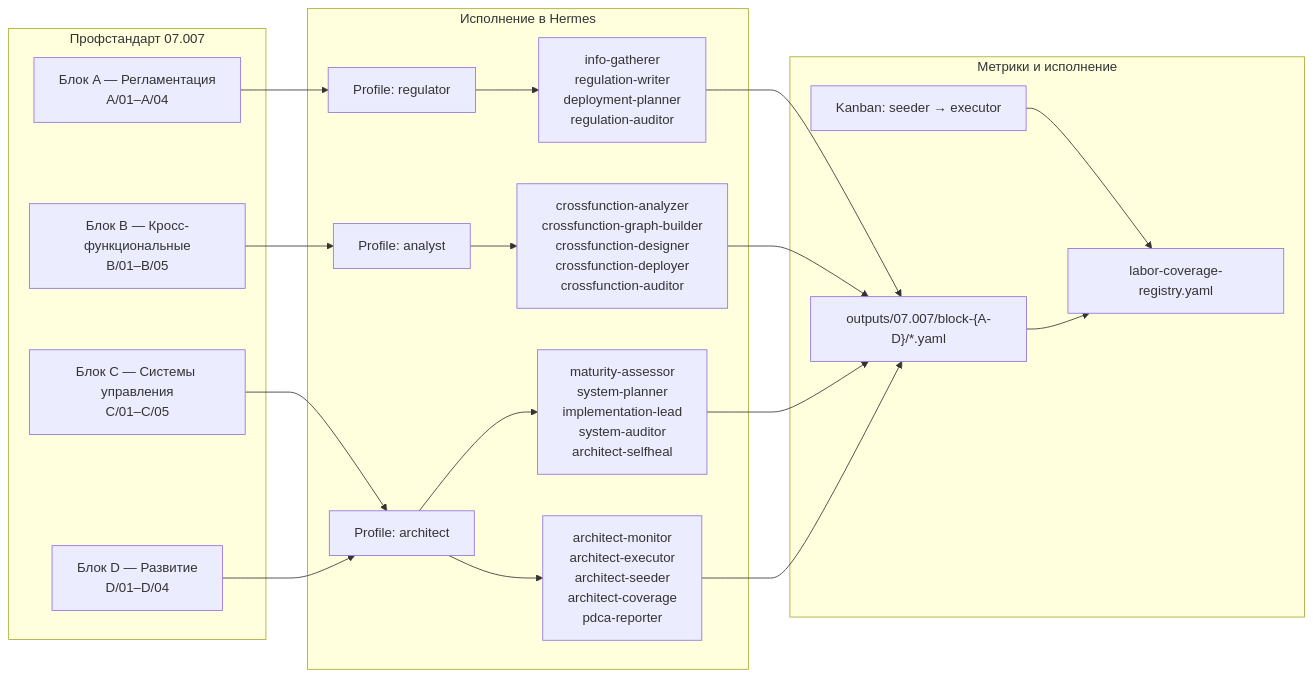
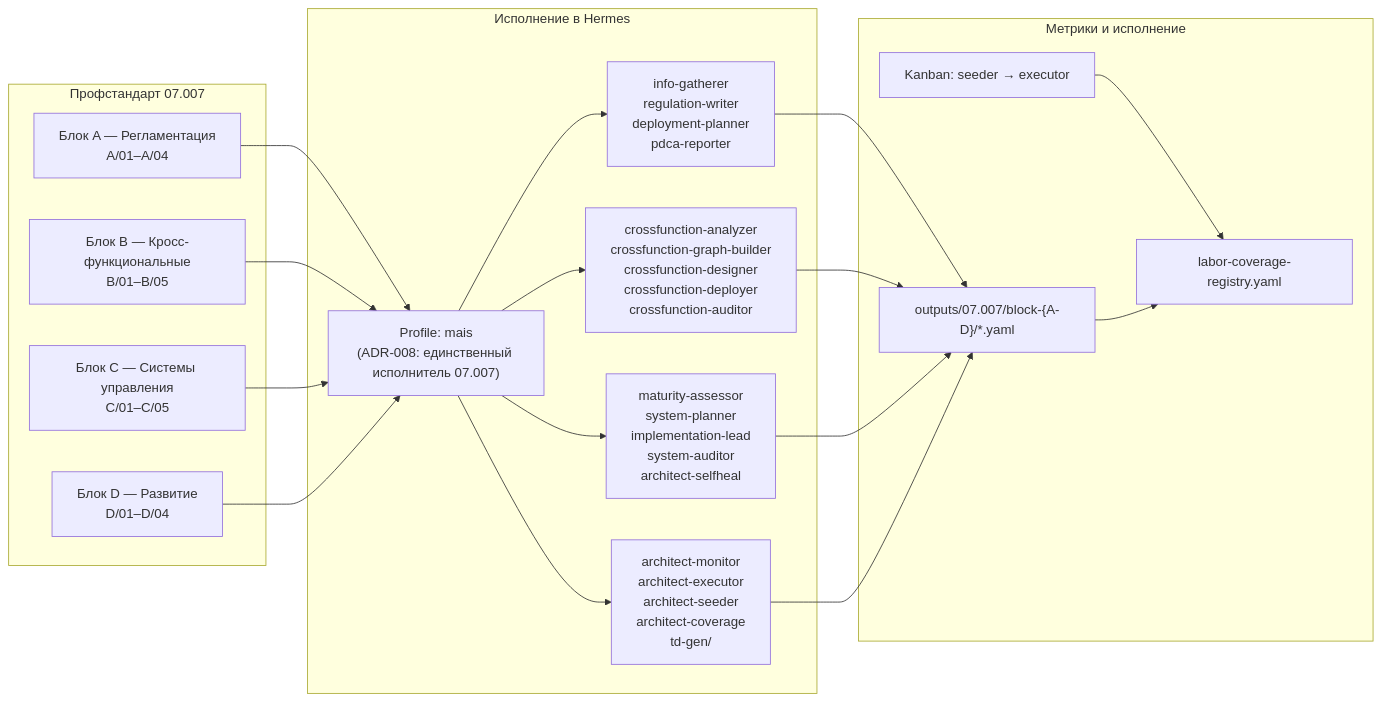
One commit to mlenkov/hermes-process-architecture changed the diagram in README.md. Above: the diagram before and after it, drawn with Mermaid. The commit also changed other lines of this file and 103 other files, not shown here.

First line of the commit message:
feat(ADR-008): консолидация на единый профиль mais

````diff
--- a/README.md
+++ b/README.md
@@ -34,38 +34,36 @@
 ```mermaid
 flowchart LR
     subgraph L1["Профстандарт 07.007"]
         B_A["Блок A — Регламентация<br/>А/01–А/04"]
         B_B["Блок B — Кросс-функциональные<br/>В/01–В/05"]
         B_C["Блок C — Системы управления<br/>С/01–С/05"]
         B_D["Блок D — Развитие<br/>D/01–D/04"]
     end
 
     subgraph L3["Исполнение в Hermes"]
-        P_REG["Profile: regulator"]
-        P_AN["Profile: analyst"]
-        P_ARC["Profile: architect"]
+        P_MAIS["Profile: mais<br/>(ADR-008: единственный исполнитель 07.007)"]
 
-        S_A["info-gatherer<br/>regulation-writer<br/>deployment-planner<br/>regulation-auditor"]
+        S_A["info-gatherer<br/>regulation-writer<br/>deployment-planner<br/>pdca-reporter"]
         S_B["crossfunction-analyzer<br/>crossfunction-graph-builder<br/>crossfunction-designer<br/>crossfunction-deployer<br/>crossfunction-auditor"]
         S_C["maturity-assessor<br/>system-planner<br/>implementation-lead<br/>system-auditor<br/>architect-selfheal"]
-        S_D["architect-monitor<br/>architect-executor<br/>architect-seeder<br/>architect-coverage<br/>pdca-reporter"]
+        S_D["architect-monitor<br/>architect-executor<br/>architect-seeder<br/>architect-coverage<br/>td-gen/"]
     end
 
-    B_A --> P_REG --> S_A
-    B_B --> P_AN --> S_B
-    B_C --> P_ARC --> S_C
-    B_D --> P_ARC --> S_D
+    B_A --> P_MAIS --> S_A
+    B_B --> P_MAIS --> S_B
+    B_C --> P_MAIS --> S_C
+    B_D --> P_MAIS --> S_D
 
     subgraph L4["Метрики и исполнение"]
         KANBAN["Kanban: seeder → executor"]
         REG["labor-coverage-registry.yaml"]
         ARTS["outputs/07.007/block-{A-D}/*.yaml"]
     end
 
     S_A --> ARTS
     S_B --> ARTS
     S_C --> ARTS
     S_D --> ARTS
     KANBAN --> REG
     ARTS --> REG
 ```
````
